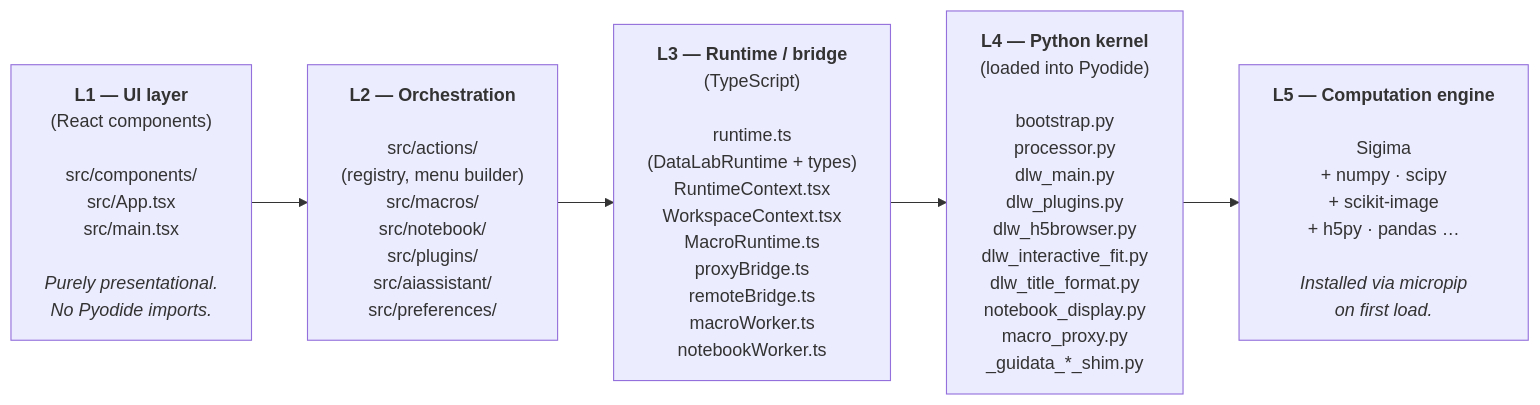
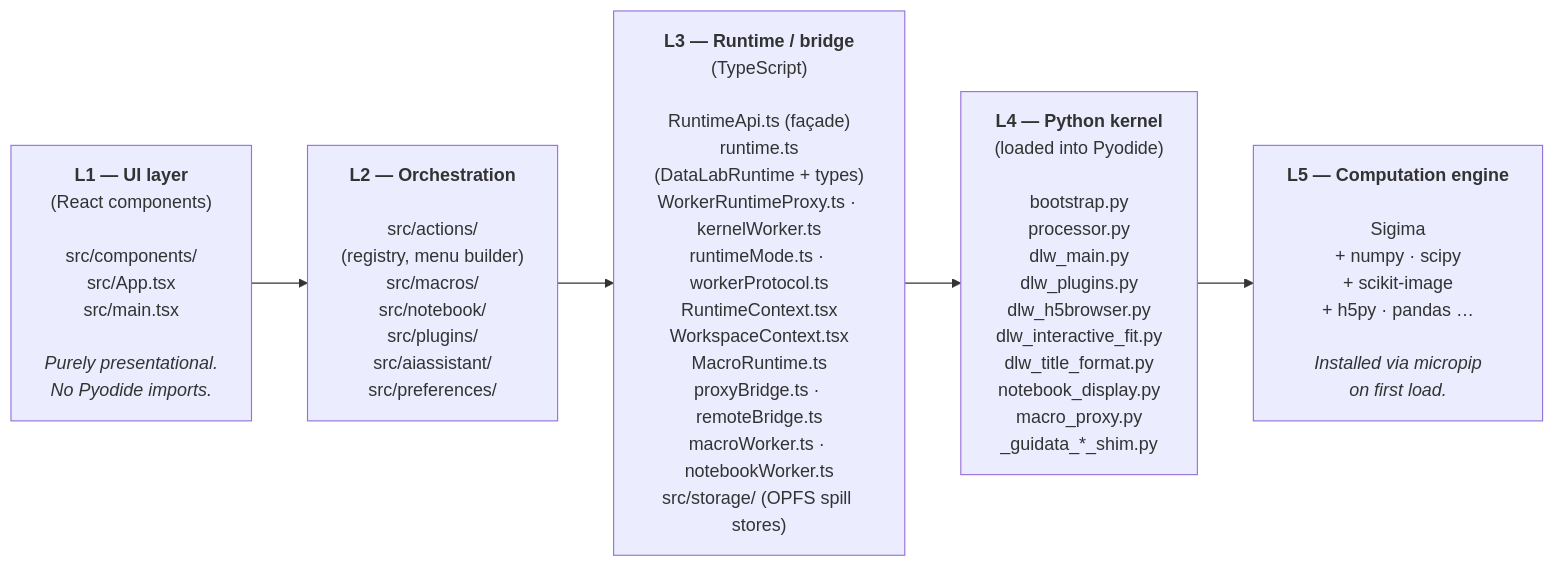
One commit to DataLab-Platform/web changed the second of 8 diagrams in doc/architecture.md. Above: the diagram before and after it, drawn with Mermaid. The commit also changed other lines of this file and 1 other file, not shown here.

First line of the commit message:
docs: document worker-hosted runtime and on-disk storage

````diff
--- a/doc/architecture.md
+++ b/doc/architecture.md
@@ -82,10 +82,10 @@
 ```mermaid
 flowchart LR
     L1["<b>L1 — UI layer</b><br/>(React components)<br/><br/>src/components/<br/>src/App.tsx<br/>src/main.tsx<br/><br/><i>Purely presentational.<br/>No Pyodide imports.</i>"]
     L2["<b>L2 — Orchestration</b><br/><br/>src/actions/<br/>(registry, menu builder)<br/>src/macros/<br/>src/notebook/<br/>src/plugins/<br/>src/aiassistant/<br/>src/preferences/"]
-    L3["<b>L3 — Runtime / bridge</b><br/>(TypeScript)<br/><br/>runtime.ts<br/>(DataLabRuntime + types)<br/>RuntimeContext.tsx<br/>WorkspaceContext.tsx<br/>MacroRuntime.ts<br/>proxyBridge.ts<br/>remoteBridge.ts<br/>macroWorker.ts<br/>notebookWorker.ts"]
+    L3["<b>L3 — Runtime / bridge</b><br/>(TypeScript)<br/><br/>RuntimeApi.ts (façade)<br/>runtime.ts<br/>(DataLabRuntime + types)<br/>WorkerRuntimeProxy.ts · kernelWorker.ts<br/>runtimeMode.ts · workerProtocol.ts<br/>RuntimeContext.tsx<br/>WorkspaceContext.tsx<br/>MacroRuntime.ts<br/>proxyBridge.ts · remoteBridge.ts<br/>macroWorker.ts · notebookWorker.ts<br/>src/storage/ (OPFS spill stores)"]
     L4["<b>L4 — Python kernel</b><br/>(loaded into Pyodide)<br/><br/>bootstrap.py<br/>processor.py<br/>dlw_main.py<br/>dlw_plugins.py<br/>dlw_h5browser.py<br/>dlw_interactive_fit.py<br/>dlw_title_format.py<br/>notebook_display.py<br/>macro_proxy.py<br/>_guidata_*_shim.py"]
     L5["<b>L5 — Computation engine</b><br/><br/>Sigima<br/>+ numpy · scipy<br/>+ scikit-image<br/>+ h5py · pandas …<br/><br/><i>Installed via micropip<br/>on first load.</i>"]
 
     L1 --> L2 --> L3 --> L4 --> L5
 ```
````
